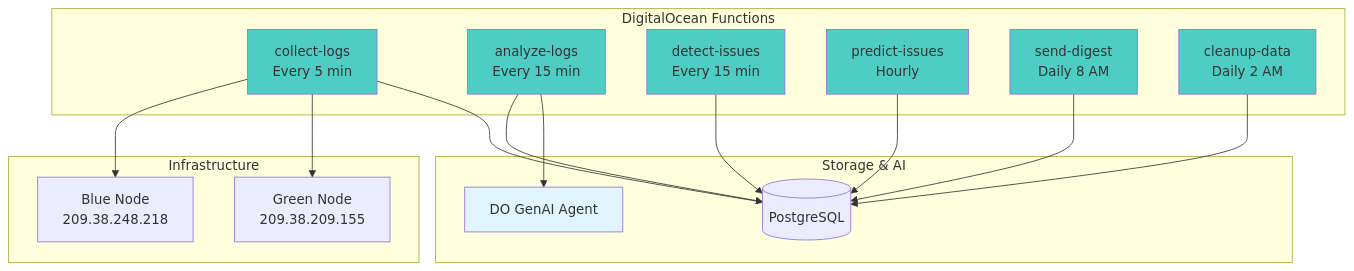
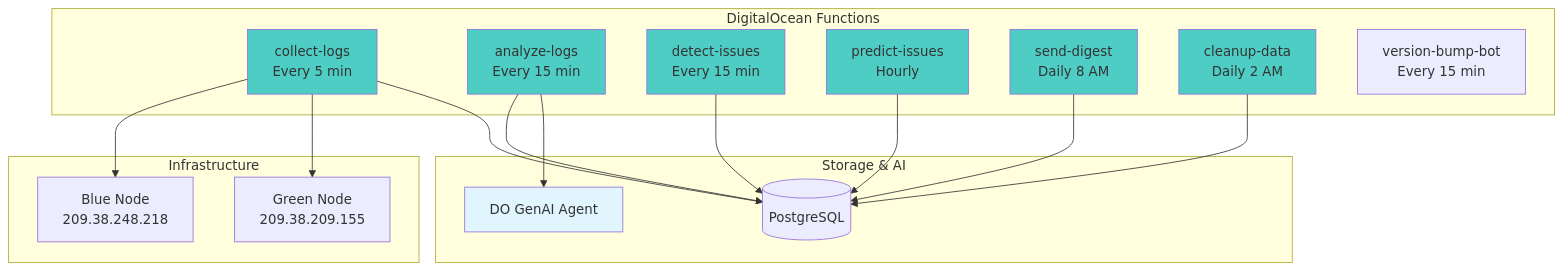
Before and after one commit to MikeBild/fleexstack-monitoring: the diagram in docs/README.md, drawn with Mermaid. The commit also changed other lines of this file and 3 other files, not shown here.

First line of the commit message:
docs: add fleexstack-sample-app-version-bump-bot to documentation

````diff
--- a/docs/README.md
+++ b/docs/README.md
@@ -7,39 +7,40 @@
 ```mermaid
 graph TB
     subgraph "DigitalOcean Functions"
         CL[collect-logs<br/>Every 5 min]
         AL[analyze-logs<br/>Every 15 min]
         DI[detect-issues<br/>Every 15 min]
         PI[predict-issues<br/>Hourly]
         SD[send-digest<br/>Daily 8 AM]
         CD[cleanup-data<br/>Daily 2 AM]
+        VB[version-bump-bot<br/>Every 15 min]
     end
 
     subgraph "Infrastructure"
         Blue[Blue Node<br/>209.38.248.218]
         Green[Green Node<br/>209.38.209.155]
     end
 
     subgraph "Storage & AI"
         DB[(PostgreSQL)]
         GenAI[DO GenAI Agent]
     end
 
     CL --> Blue
     CL --> Green
     CL --> DB
     AL --> DB
     AL --> GenAI
     DI --> DB
     PI --> DB
     SD --> DB
     CD --> DB
 
     style CL fill:#4ecdc4
     style AL fill:#4ecdc4
     style DI fill:#4ecdc4
     style PI fill:#4ecdc4
     style SD fill:#4ecdc4
     style CD fill:#4ecdc4
     style GenAI fill:#e1f5ff
 ```
````
